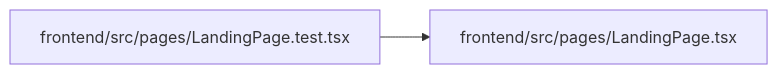
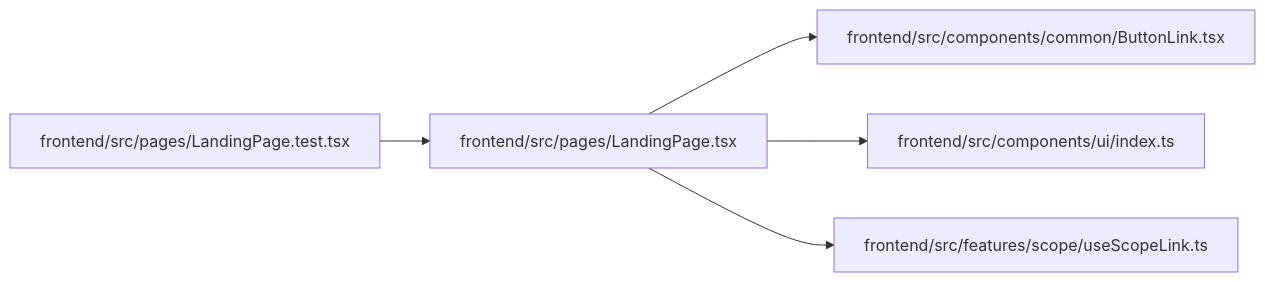
One commit to Denissvgn/WorkChord changed the diagram in docs/llm_wiki/modules/LandingPage.md. Above: the diagram before and after it, drawn with Mermaid. The commit also changed other lines of this file and 2373 other files, not shown here.

````diff
--- a/docs/llm_wiki/modules/LandingPage.md
+++ b/docs/llm_wiki/modules/LandingPage.md
@@ -27,8 +30,17 @@
 ```mermaid
 flowchart LR
-    n0["frontend/src/pages/LandingPage.test.tsx"]
-    n1["frontend/src/pages/LandingPage.tsx"]
-    n0 --> n1
-    click n0 "../modules/LandingPage.test.md"
-    click n1 "../modules/LandingPage.md"
+    n0["frontend/src/components/common/ButtonLink.tsx"]
+    n1["frontend/src/components/ui/index.ts"]
+    n2["frontend/src/features/scope/useScopeLink.ts"]
+    n3["frontend/src/pages/LandingPage.test.tsx"]
+    n4["frontend/src/pages/LandingPage.tsx"]
+    n3 --> n4
+    n4 --> n0
+    n4 --> n1
+    n4 --> n2
+    click n0 "../modules/ButtonLink.md"
+    click n1 "../modules/index.md"
+    click n2 "../modules/useScopeLink.md"
+    click n3 "../modules/LandingPage.test.md"
+    click n4 "../modules/LandingPage.md"
 ```
````
